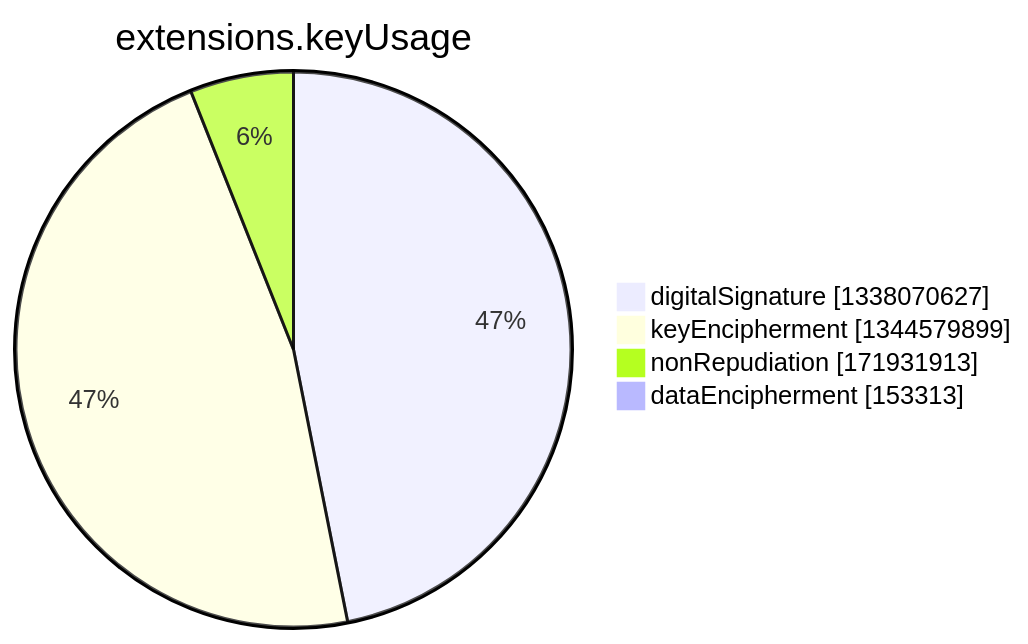
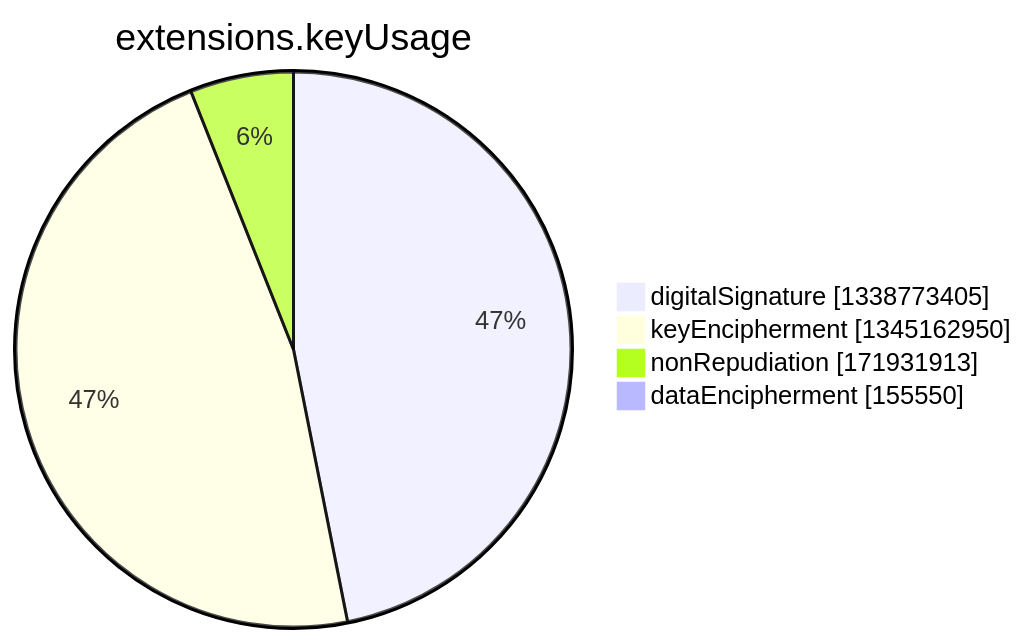
One commit to christiankrug/ctmonitor_visualization changed the seventh of 15 diagrams in argon2022/README.md. Above: the diagram before and after it, drawn with Mermaid. The commit also changed other lines of this file, not shown here.

````diff
--- a/argon2022/README.md
+++ b/argon2022/README.md
@@ -2750,8 +2750,8 @@
 ```mermaid
 pie showData
 title extensions.keyUsage
-"digitalSignature" :1338070627
-"keyEncipherment" :1344579899
+"digitalSignature" :1338773405
+"keyEncipherment" :1345162950
 "nonRepudiation" :171931913
-"dataEncipherment" :153313
+"dataEncipherment" :155550
 ```
````
